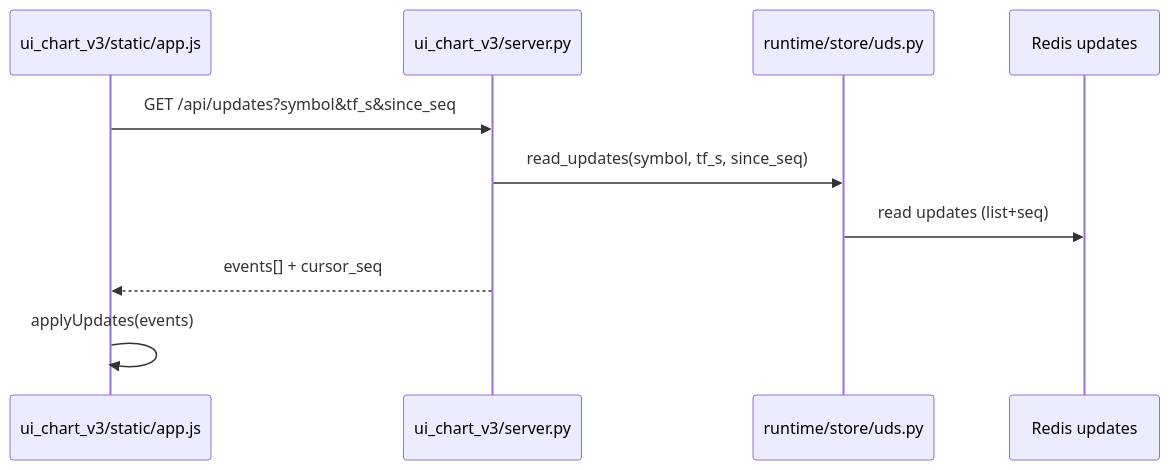
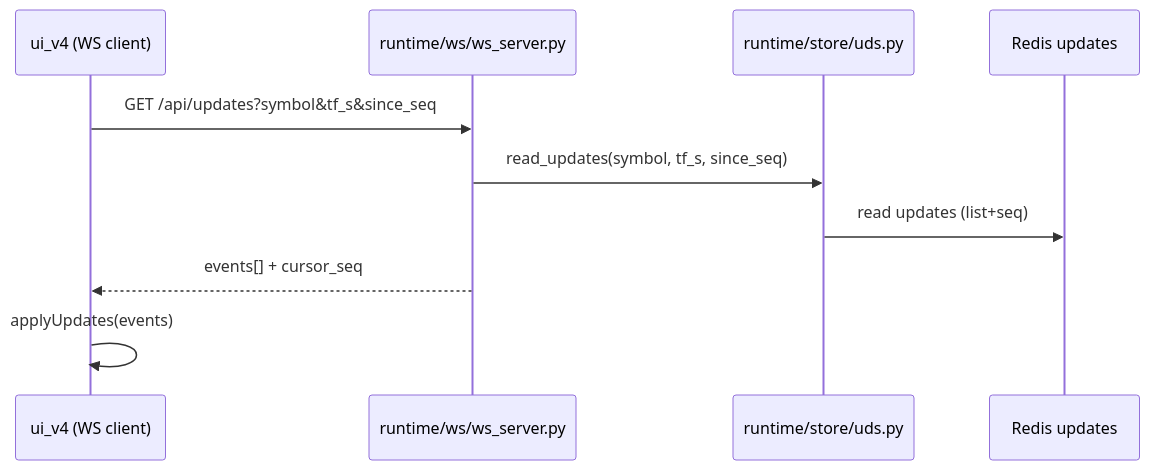
One commit to Std07-1/v3 changed diagram 11 of 13 in docs/system_current_overview.md. Above: the diagram before and after it, drawn with Mermaid. The commit also changed other lines of this file and 46 other files, not shown here.

````diff
--- a/docs/system_current_overview.md
+++ b/docs/system_current_overview.md
@@ -576,13 +573,13 @@
 ```mermaid
 sequenceDiagram
-    participant UI as ui_chart_v3/static/app.js
-    participant API as ui_chart_v3/server.py
+    participant UI as ui_v4 (WS client)
+    participant API as runtime/ws/ws_server.py
     participant UDS as runtime/store/uds.py
     participant RU as Redis updates
 
     UI->>API: GET /api/updates?symbol&tf_s&since_seq
     API->>UDS: read_updates(symbol, tf_s, since_seq)
     UDS->>RU: read updates (list+seq)
     API-->>UI: events[] + cursor_seq
     UI->>UI: applyUpdates(events)
 ```
````
